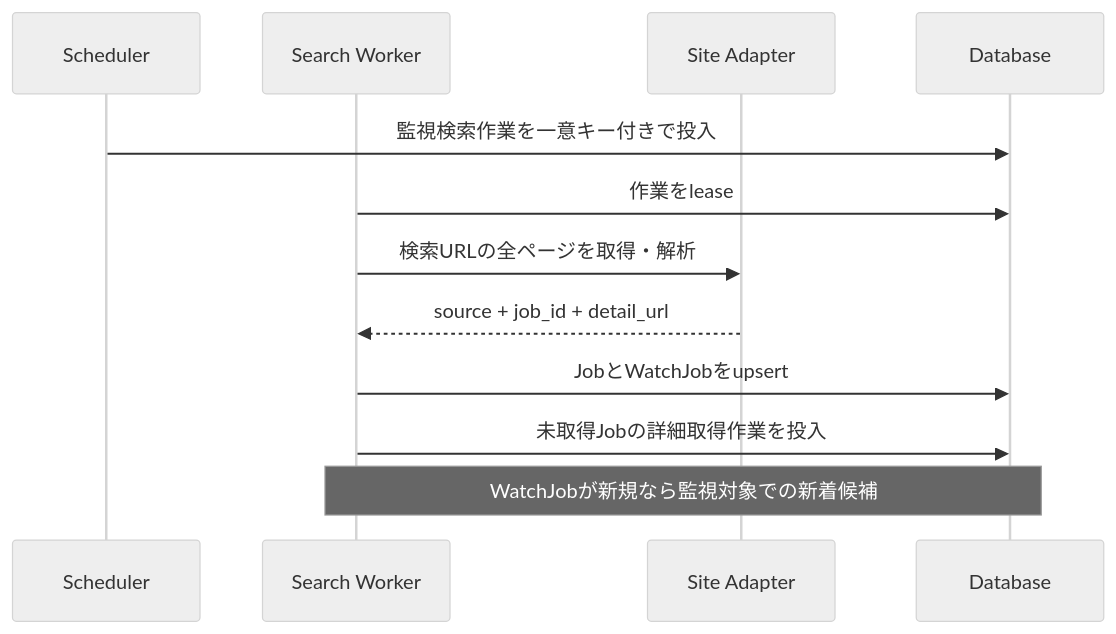
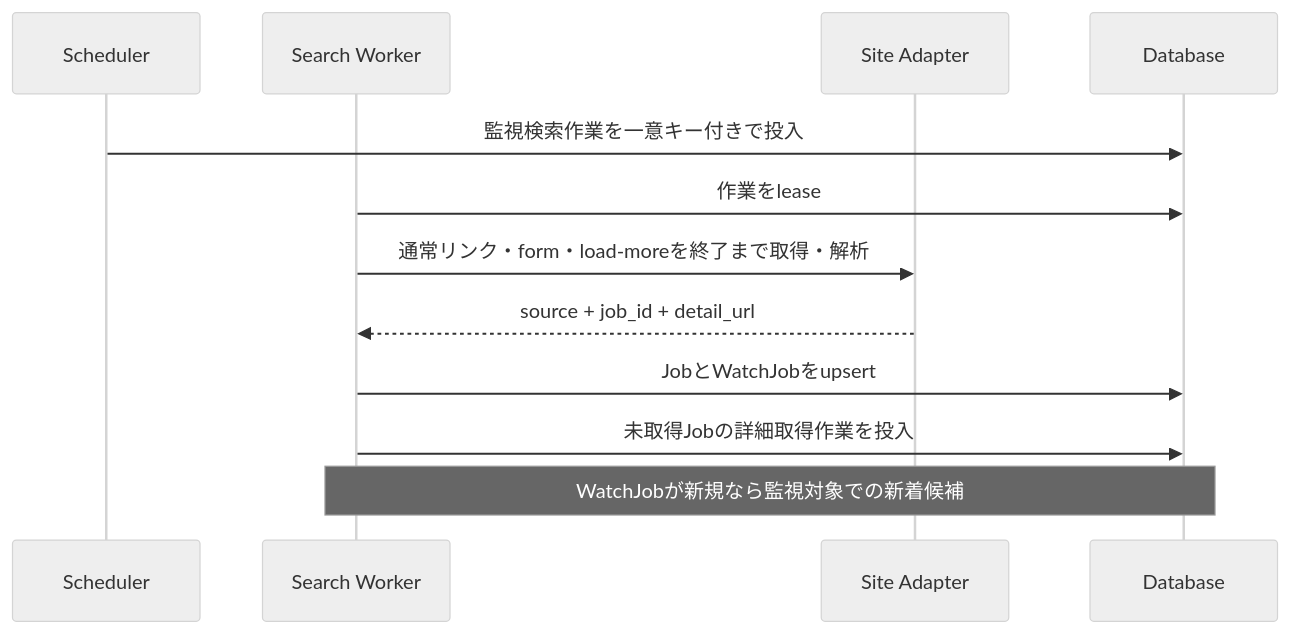
One commit to dommyttdev/job-hunter changed the second of 2 diagrams in doc/architecture/system-design.md. Above: the diagram before and after it, drawn with Mermaid (neutral theme). The commit also changed other lines of this file and 13 other files, not shown here.

````diff
--- a/doc/architecture/system-design.md
+++ b/doc/architecture/system-design.md
@@ -56,14 +56,14 @@
 ```mermaid
 sequenceDiagram
     participant S as Scheduler
     participant W as Search Worker
     participant A as Site Adapter
     participant D as Database
     S->>D: 監視検索作業を一意キー付きで投入
     W->>D: 作業をlease
-    W->>A: 検索URLの全ページを取得・解析
+    W->>A: 通常リンク・form・load-moreを終了まで取得・解析
     A-->>W: source + job_id + detail_url
     W->>D: JobとWatchJobをupsert
     W->>D: 未取得Jobの詳細取得作業を投入
     Note over W,D: WatchJobが新規なら監視対象での新着候補
 ```
````
